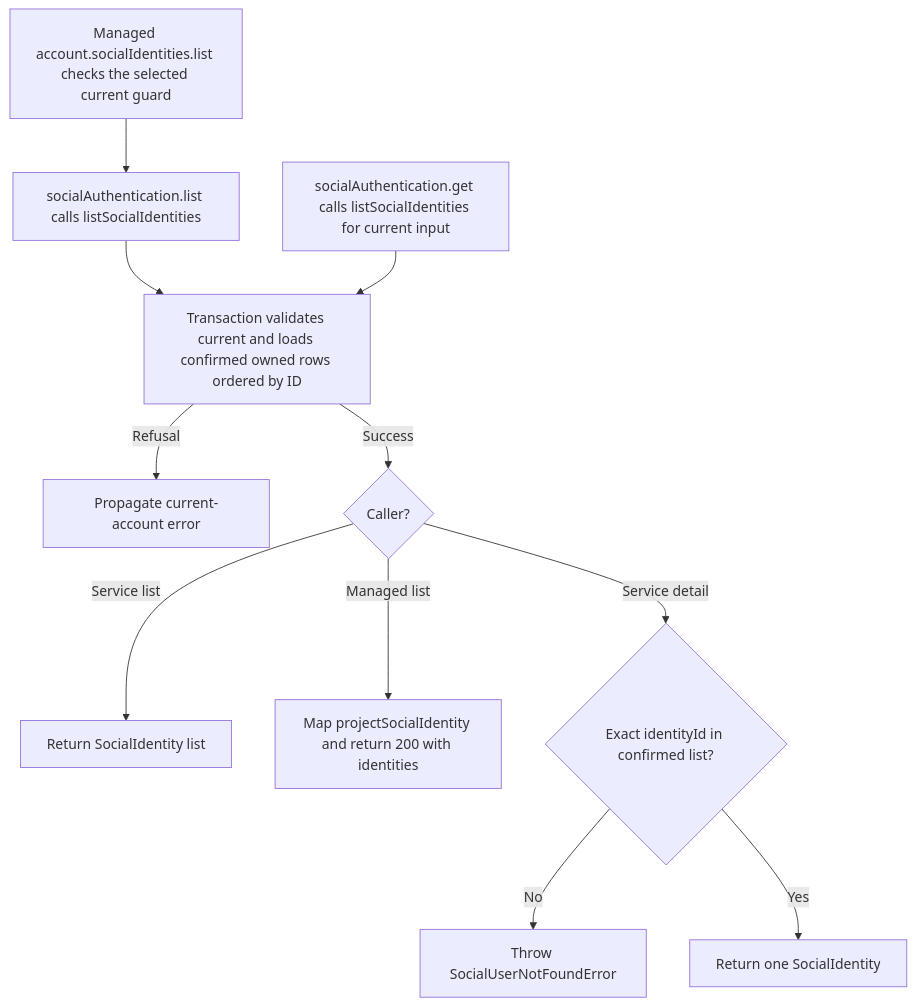
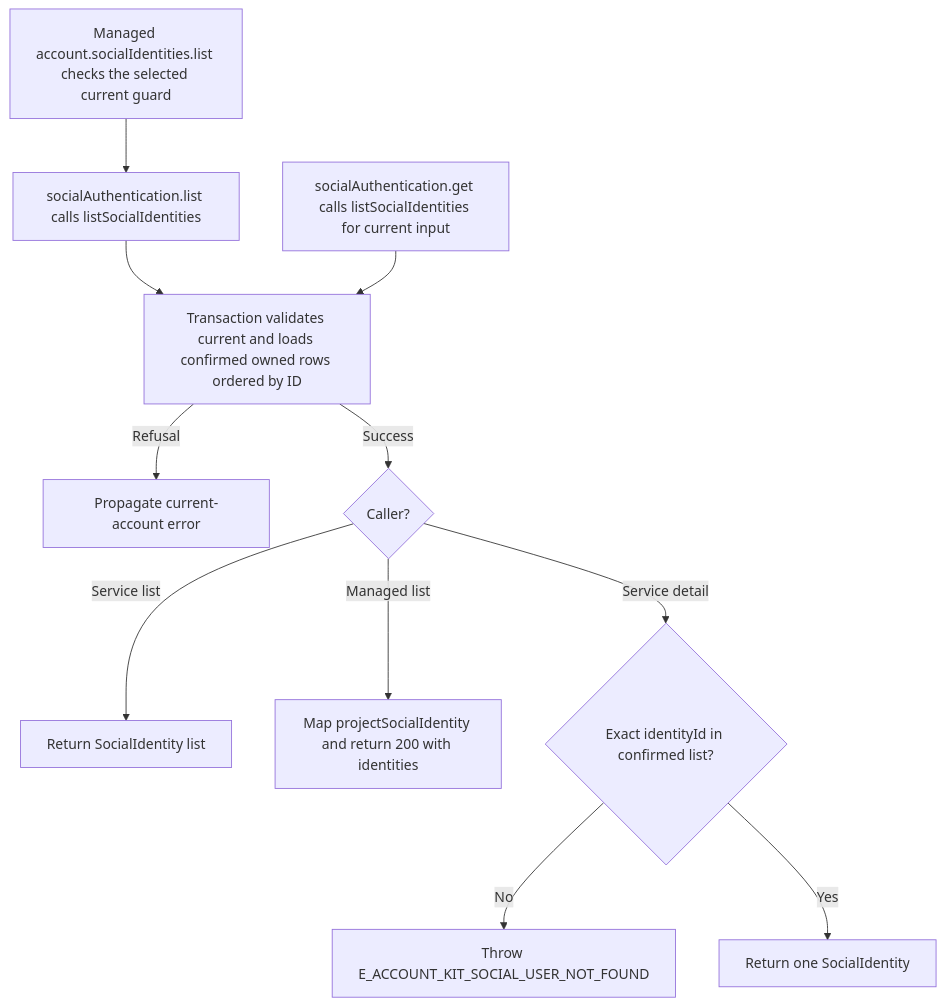
One commit to Kevinjohn/oss-adonisjs-account-kit changed the second of 2 diagrams in user-stories/US-ACCOUNT-53-list-social-identities.md. Above: the diagram before and after it, drawn with Mermaid. The commit also changed 362 other files, not shown here.

````diff
--- a/user-stories/US-ACCOUNT-53-list-social-identities.md
+++ b/user-stories/US-ACCOUNT-53-list-social-identities.md
@@ -36,13 +36,13 @@
 ```mermaid
 flowchart TD
  M["Managed account.socialIdentities.list checks the selected current guard"] --> A
  A["socialAuthentication.list calls listSocialIdentities"] --> B
  D["socialAuthentication.get calls listSocialIdentities for current input"] --> B
  B["Transaction validates current and loads confirmed owned rows ordered by ID"] -->|Refusal| X["Propagate current-account error"]
  B -->|Success| C{"Caller?"}
  C -->|Service list| S["Return SocialIdentity list"]
  C -->|Managed list| H["Map projectSocialIdentity and return 200 with identities"]
  C -->|Service detail| F{"Exact identityId in confirmed list?"}
- F -->|No| G["Throw SocialUserNotFoundError"]
+ F -->|No| G["Throw E_ACCOUNT_KIT_SOCIAL_USER_NOT_FOUND"]
  F -->|Yes| I["Return one SocialIdentity"]
 ```
````
